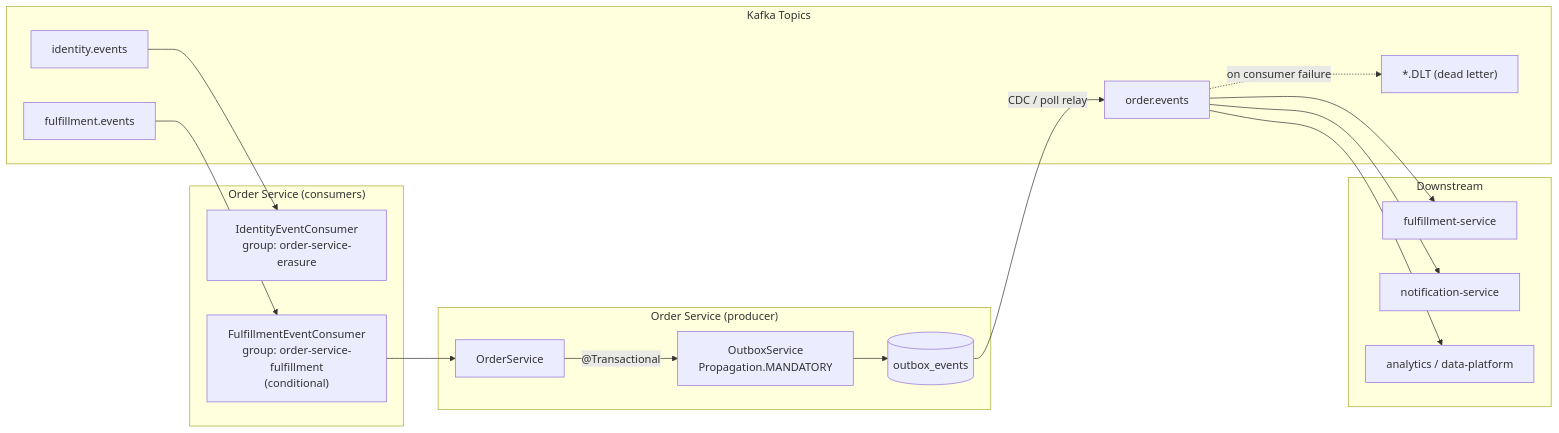
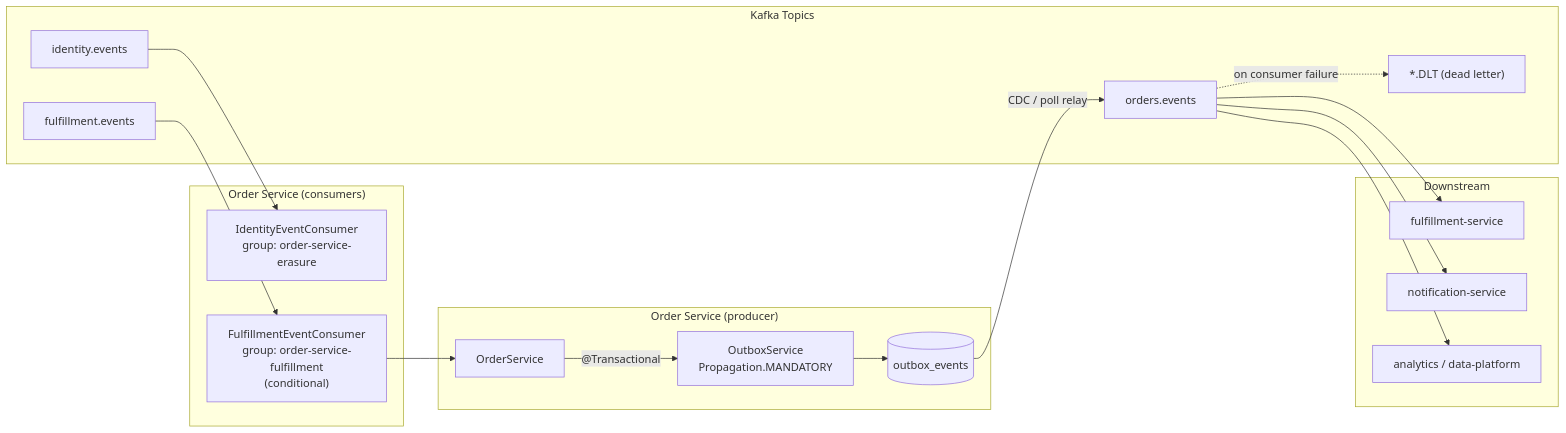
Before and after one commit to sunitakeazycommerz-a11y/InstaCommerce: the sixth of 8 diagrams in services/order-service/README.md, drawn with Mermaid. The commit also changed other lines of this file and 7 other files, not shown here.

````diff
--- a/services/order-service/README.md
+++ b/services/order-service/README.md
@@ -428,34 +428,34 @@
 ```mermaid
 flowchart LR
     subgraph "Order Service (producer)"
         OS[OrderService]
         OBS["OutboxService<br/>Propagation.MANDATORY"]
         OE[(outbox_events)]
     end
 
     subgraph "Order Service (consumers)"
         IEC[IdentityEventConsumer<br/>group: order-service-erasure]
         FEC["FulfillmentEventConsumer<br/>group: order-service-fulfillment<br/>(conditional)"]
     end
 
     subgraph "Kafka Topics"
-        OEV[order.events]
+        OEV[orders.events]
         IEV[identity.events]
         FEV[fulfillment.events]
         DLT["*.DLT (dead letter)"]
     end
 
     subgraph "Downstream"
         FS[fulfillment-service]
         NS[notification-service]
         AN[analytics / data-platform]
     end
 
     OS -->|"@Transactional"| OBS --> OE
     OE -->|"CDC / poll relay"| OEV
     OEV --> FS & NS & AN
     IEV --> IEC
     FEV --> FEC
     FEC --> OS
     OEV -.->|"on consumer failure"| DLT
 ```
````
